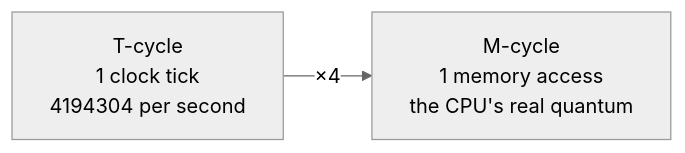
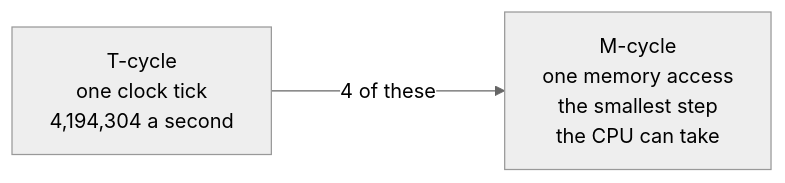
Before and after one commit to dudustri/rustboy-color: the seventh of 16 diagrams in docs/architecture.md, drawn with Mermaid (neutral theme). The commit also changed other lines of this file and 17 other files, not shown here.

````diff
--- a/docs/architecture.md
+++ b/docs/architecture.md
@@ -198,4 +207,5 @@
 ```mermaid
+%%{init: {"flowchart": {"nodeSpacing": 55, "rankSpacing": 110}}}%%
 flowchart LR
-    T["T-cycle<br/>1 clock tick<br/>4194304 per second"] -->|"×4"| M["M-cycle<br/>1 memory access<br/>the CPU's real quantum"]
+    T["T-cycle<br/>one clock tick<br/>4,194,304 a second"] -->|"4 of these"| M["M-cycle<br/>one memory access<br/>the smallest step<br/>the CPU can take"]
 ```
````
